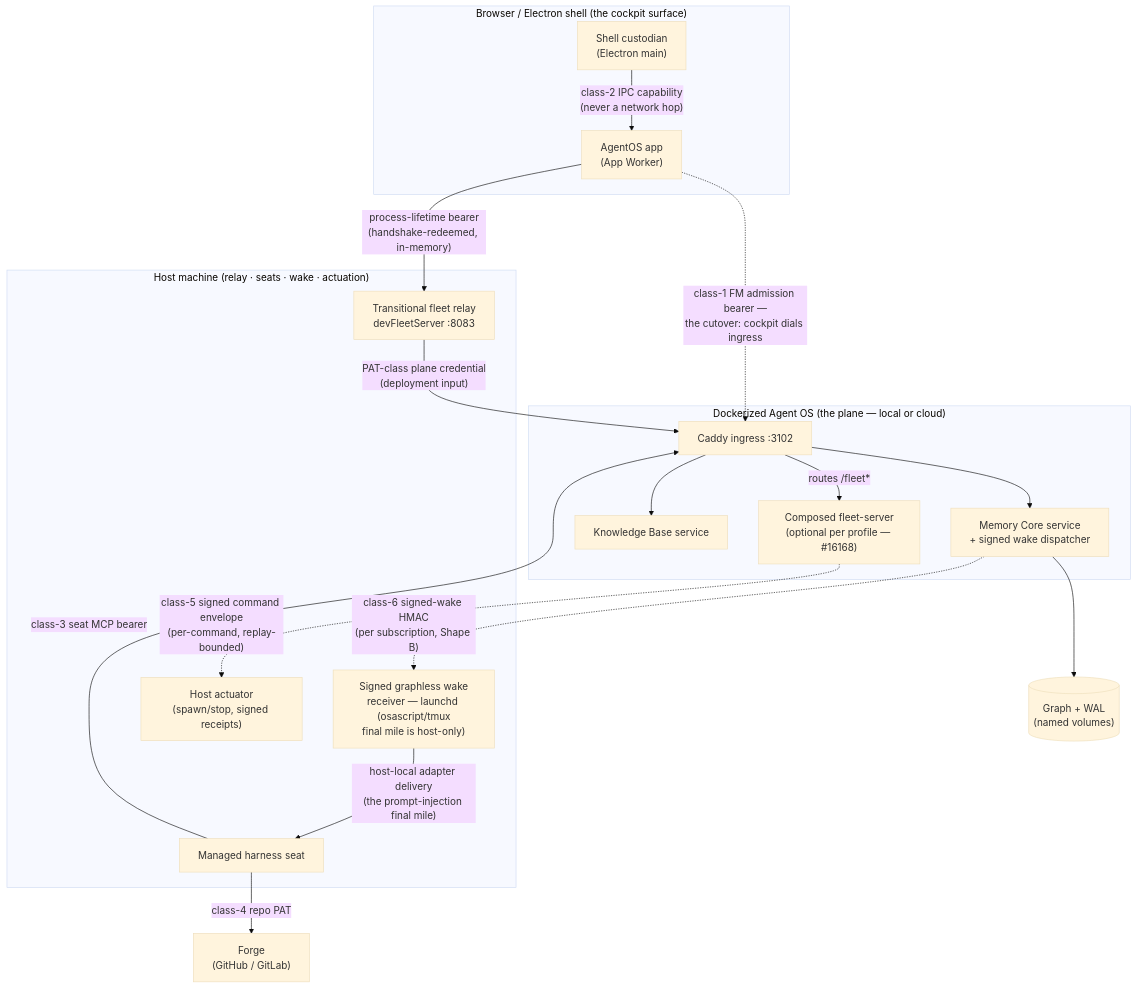
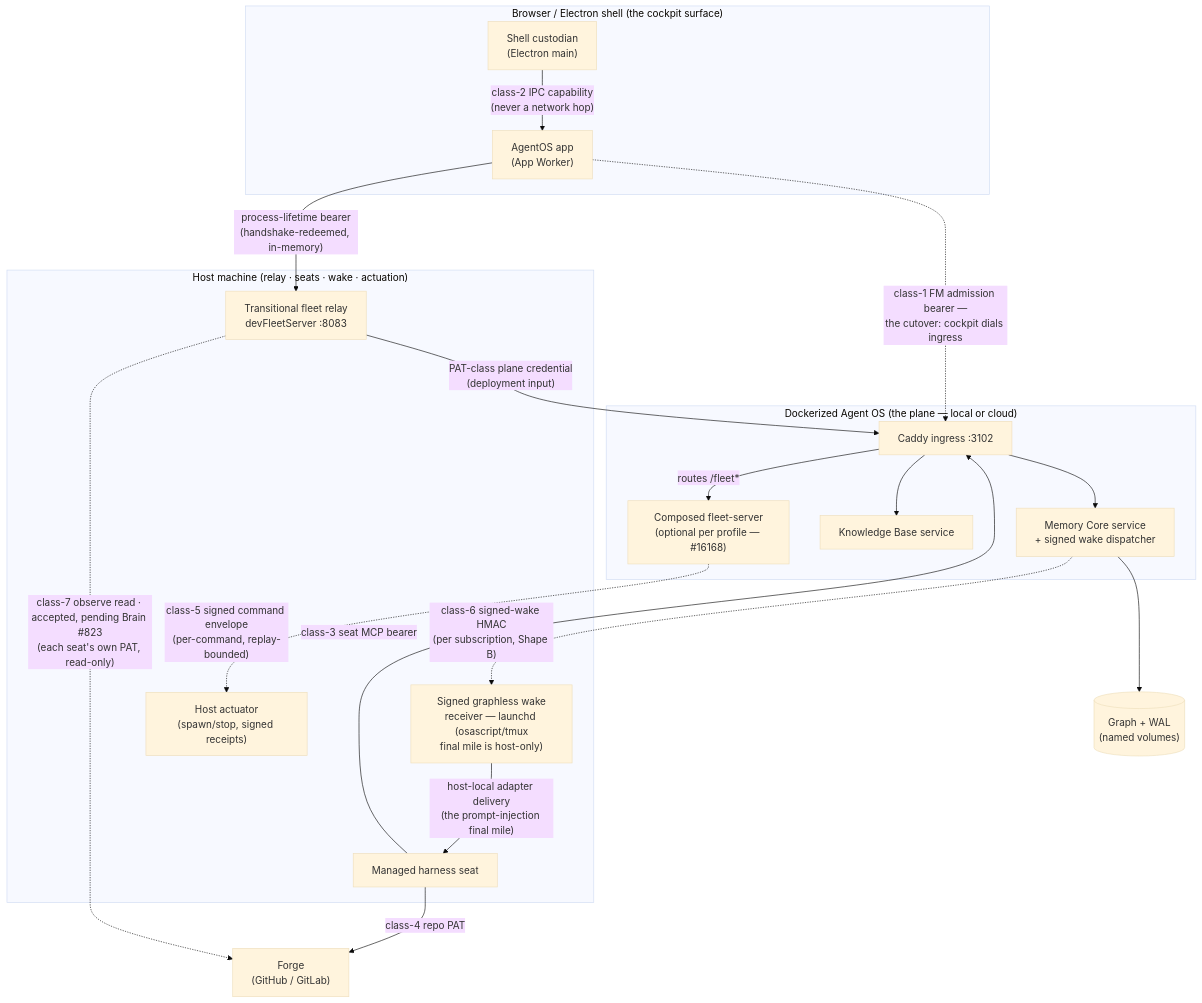
Before and after one commit to neomjs/neo: the first of 6 diagrams in learn/agentos/FleetManagerArchitecture.md, drawn with Mermaid (base theme). The commit also changed other lines of this file and 1 other file, not shown here.

First line of the commit message:
docs(adr): ADR 0038 §2.5.1 gains the Fleet's observe read and declares the one seat PAT (#19388) (#19389)

````diff
--- a/learn/agentos/FleetManagerArchitecture.md
+++ b/learn/agentos/FleetManagerArchitecture.md
@@ -17,38 +17,39 @@
 ```mermaid
 flowchart TD
     subgraph Shell["Browser / Electron shell (the cockpit surface)"]
         Main["Shell custodian<br/>(Electron main)"]
         Page["AgentOS app<br/>(App Worker)"]
     end
 
     subgraph Host["Host machine (relay · seats · wake · actuation)"]
         Transport["Transitional fleet relay<br/>devFleetServer :8083"]
         Seat["Managed harness seat"]
         Receiver["Signed graphless wake<br/>receiver — launchd (osascript/tmux<br/>final mile is host-only)"]
         Actuator["Host actuator<br/>(spawn/stop, signed receipts)"]
     end
 
     subgraph Plane["Dockerized Agent OS (the plane — local or cloud)"]
         Ingress["Caddy ingress :3102"]
         MC["Memory Core service<br/>+ signed wake dispatcher"]
         KB["Knowledge Base service"]
         FS["Composed fleet-server<br/>(optional per profile — #16168)"]
     end
 
     Forge["Forge<br/>(GitHub / GitLab)"]
     GraphStore[("Graph + WAL<br/>(named volumes)")]
 
     Main -- "class-2 IPC capability<br/>(never a network hop)" --> Page
     Page -- "process-lifetime bearer<br/>(handshake-redeemed, in-memory)" --> Transport
     Transport -- "PAT-class plane credential<br/>(deployment input)" --> Ingress
     Page -. "class-1 FM admission bearer —<br/>the cutover: cockpit dials ingress" .-> Ingress
     Seat -- "class-3 seat MCP bearer" --> Ingress
     Seat -- "class-4 repo PAT" --> Forge
+    Transport -. "class-7 observe read · accepted, pending Brain #823<br/>(each seat's own PAT, read-only)" .-> Forge
     Ingress -- "routes /fleet*" --> FS
     Ingress --> MC
     Ingress --> KB
     MC --> GraphStore
     MC -. "class-6 signed-wake HMAC<br/>(per subscription, Shape B)" .-> Receiver
     Receiver -- "host-local adapter delivery<br/>(the prompt-injection final mile)" --> Seat
     FS -. "class-5 signed command envelope<br/>(per-command, replay-bounded)" .-> Actuator
 ```
````
